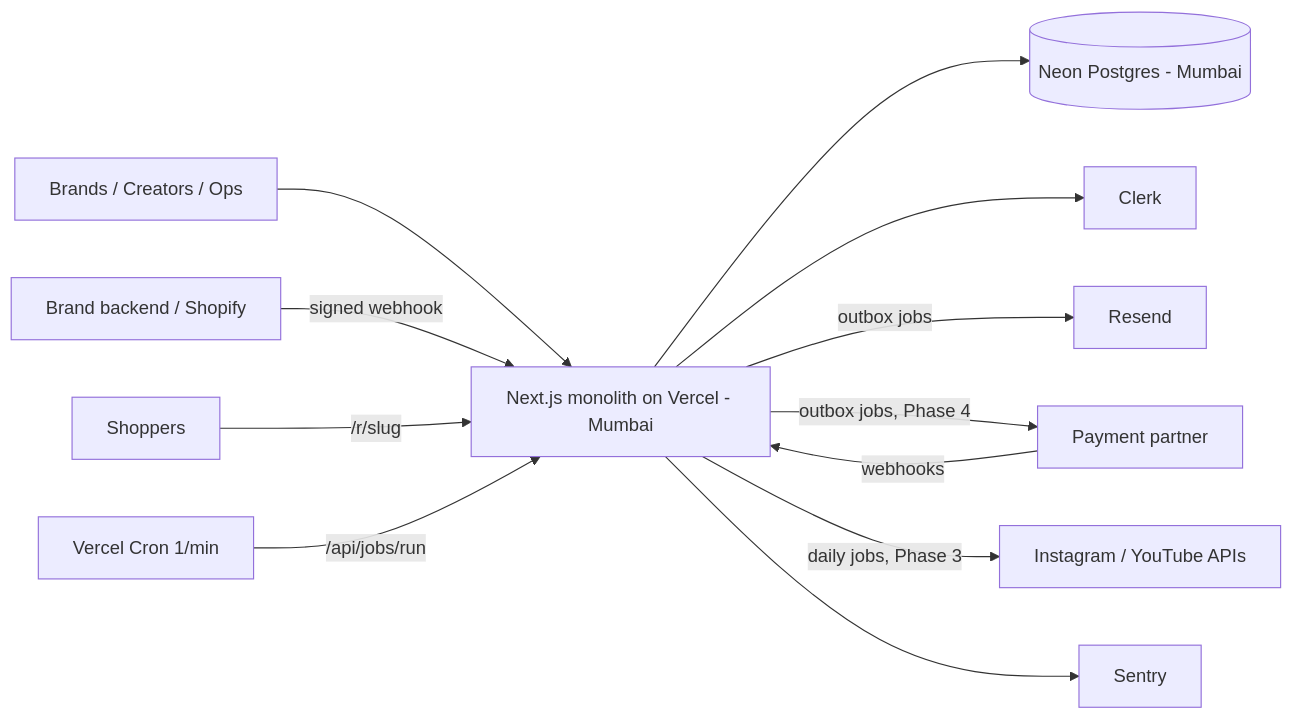
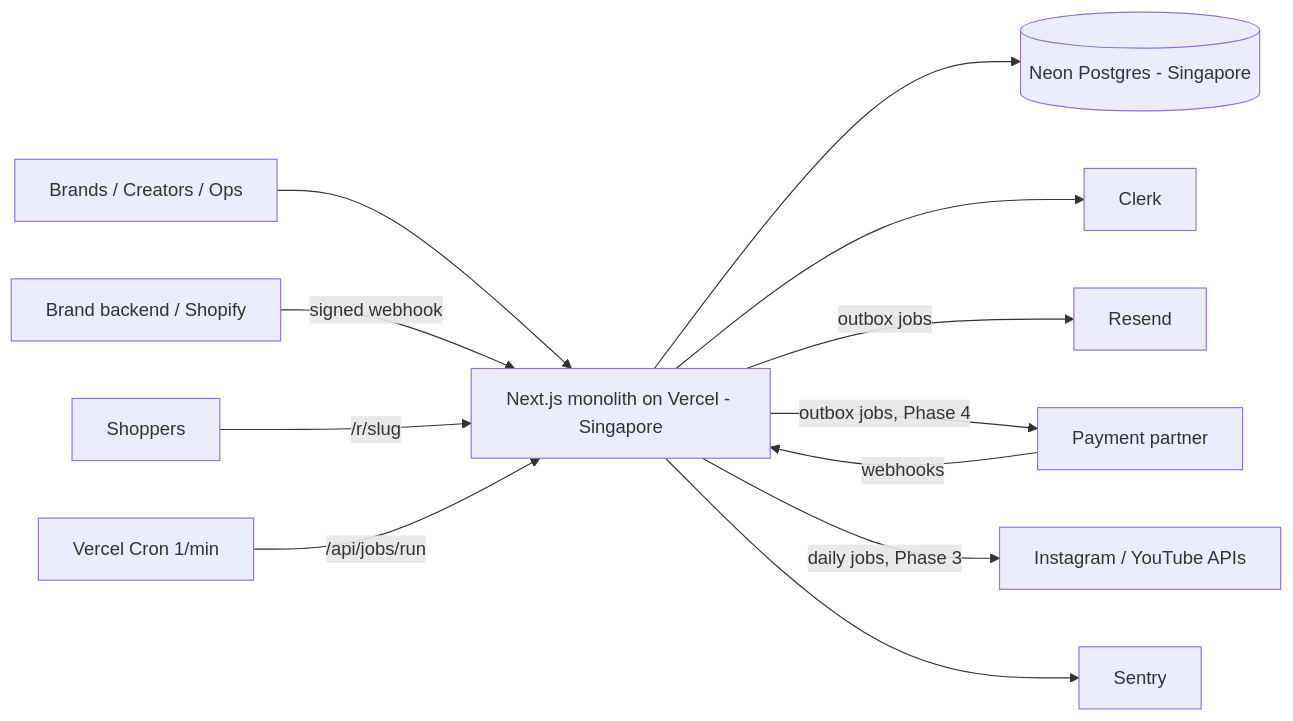
Before and after one commit to Prateek320/project-creator: the diagram in docs/architecture.md, drawn with Mermaid. The commit also changed other lines of this file and 7 other files, not shown here.

First line of the commit message:
Neon project in Singapore with main / staging / dev branches

````diff
--- a/docs/architecture.md
+++ b/docs/architecture.md
@@ -55,14 +55,14 @@
 ```mermaid
 flowchart LR
-  U[Brands / Creators / Ops] --> APP[Next.js monolith on Vercel - Mumbai]
+  U[Brands / Creators / Ops] --> APP[Next.js monolith on Vercel - Singapore]
   BB[Brand backend / Shopify] -->|signed webhook| APP
   SH[Shoppers] -->|/r/slug| APP
   CRON[Vercel Cron 1/min] -->|/api/jobs/run| APP
-  APP --> DB[(Neon Postgres - Mumbai)]
+  APP --> DB[(Neon Postgres - Singapore)]
   APP --> AUTH[Clerk]
   APP -->|outbox jobs| MAIL[Resend]
   APP -->|outbox jobs, Phase 4| PAY[Payment partner]
   PAY -->|webhooks| APP
   APP -->|daily jobs, Phase 3| SOC[Instagram / YouTube APIs]
   APP --> SEN[Sentry]
 ```
````
